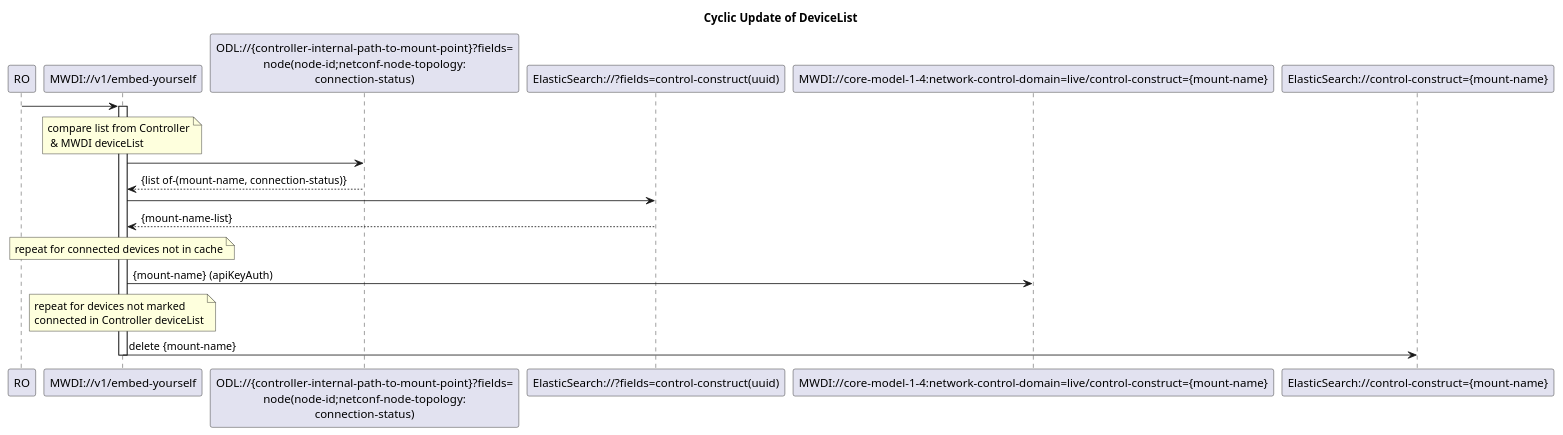
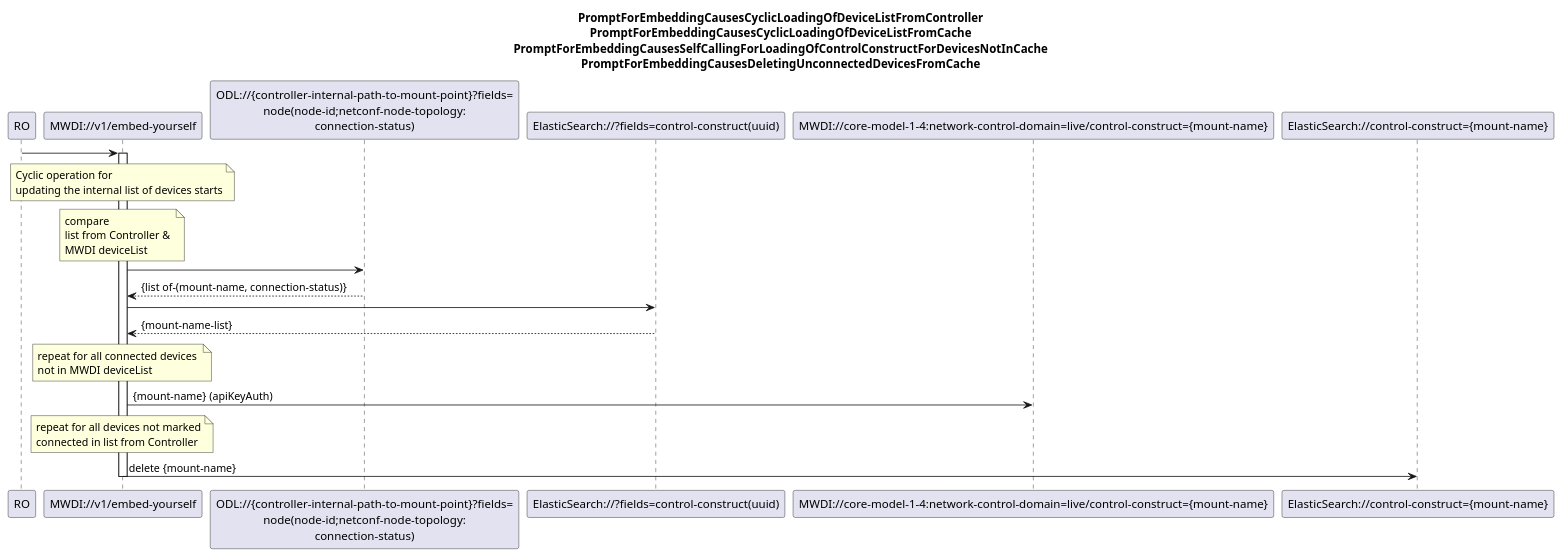
The diagram in spec/diagrams/00x_CyclicOperationBasedDeviceListSync.plantuml (openBackhaul/MicroWaveDeviceInventory), drawn with PlantUML before and after one commit. The commit also changed 20 other files, not shown here.

Commit message:
Review diagrams, services, forwardings, oas

```diff
--- a/spec/diagrams/00x_CyclicOperationBasedDeviceListSync.plantuml
+++ b/spec/diagrams/00x_CyclicOperationBasedDeviceListSync.plantuml
@@ -1,32 +1,55 @@
 @startuml 00x_CyclicOperationBasedDeviceListSync
 skinparam responseMessageBelowArrow true
 
-title  Cyclic Update of DeviceList
+title
+PromptForEmbeddingCausesCyclicLoadingOfDeviceListFromController
+PromptForEmbeddingCausesCyclicLoadingOfDeviceListFromCache
+PromptForEmbeddingCausesSelfCallingForLoadingOfControlConstructForDevicesNotInCache
+PromptForEmbeddingCausesDeletingUnconnectedDevicesFromCache
+end title
 
 participant "RO" as ro
 participant "MWDI://v1/embed-yourself" as mwdi
 participant "ODL://{controller-internal-path-to-mount-point}?fields=\nnode(node-id;netconf-node-topology:\nconnection-status)" as odlConnectionStatus
 participant "ElasticSearch://?fields=control-construct(uuid)" as ConnectedDeviceList
 participant "MWDI://core-model-1-4:network-control-domain=live/control-construct={mount-name}" as ControlConstruct
 participant "ElasticSearch://control-construct={mount-name}" as es
 
 ro -> mwdi
 activate mwdi
 
-note over mwdi: compare list from Controller\n & MWDI deviceList
+note over mwdi
+Cyclic operation for 
+updating the internal list of devices starts
+end note
+
+note over mwdi
+compare 
+list from Controller & 
+MWDI deviceList
+end note
+
 'get deviceList from Controller
 mwdi -> odlConnectionStatus
 odlConnectionStatus --> mwdi: {list of-(mount-name, connection-status)}
 
 'get MWDI deviceList from ElasticSearch
 mwdi -> ConnectedDeviceList
 ConnectedDeviceList --> mwdi: {mount-name-list}
 
-note over mwdi: repeat for connected devices not in cache
+note over mwdi
+repeat for all connected devices 
+not in MWDI deviceList
+end note
+
 mwdi -> ControlConstruct: {mount-name} (apiKeyAuth)
 
-note over mwdi: repeat for devices not marked \nconnected in Controller deviceList
+note over mwdi
+repeat for all devices not marked
+connected in list from Controller
+end note
+
 mwdi -> es: delete {mount-name}
 deactivate mwdi
 
 @enduml
```
